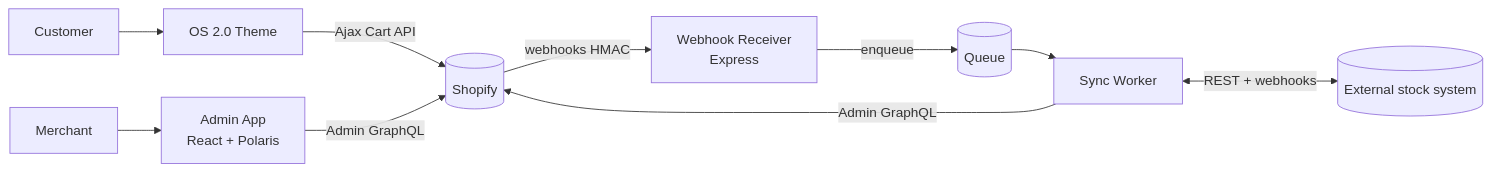
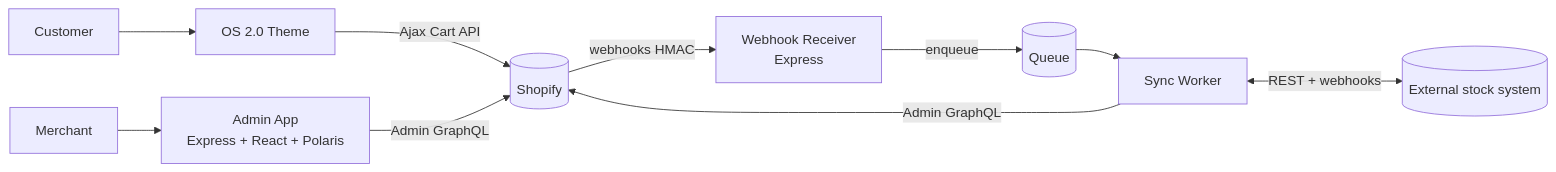
One commit to vadzzim/shopify-production-foundation changed the diagram in README.md. Above: the diagram before and after it, drawn with Mermaid. The commit also changed other lines of this file and 7 other files, not shown here.

````diff
--- a/README.md
+++ b/README.md
@@ -56,12 +56,12 @@
 ```mermaid
 flowchart LR
   Buyer[Customer] --> Theme[OS 2.0 Theme]
   Theme -->|Ajax Cart API| Shopify[(Shopify)]
-  Merchant[Merchant] --> App[Admin App<br/>React + Polaris]
+  Merchant[Merchant] --> App[Admin App<br/>Express + React + Polaris]
   App -->|Admin GraphQL| Shopify
   Shopify -->|webhooks HMAC| Receiver[Webhook Receiver<br/>Express]
   Receiver -->|enqueue| Queue[(Queue)]
   Queue --> Worker[Sync Worker]
   Worker -->|Admin GraphQL| Shopify
   Worker <-->|REST + webhooks| ERP[(External stock system)]
 ```
````
